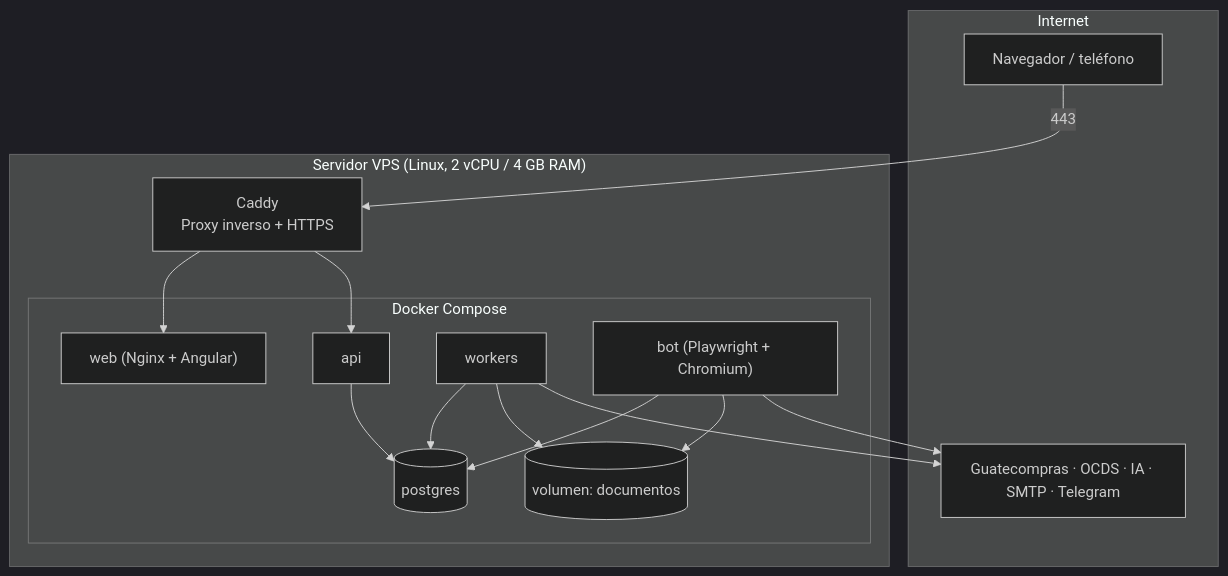
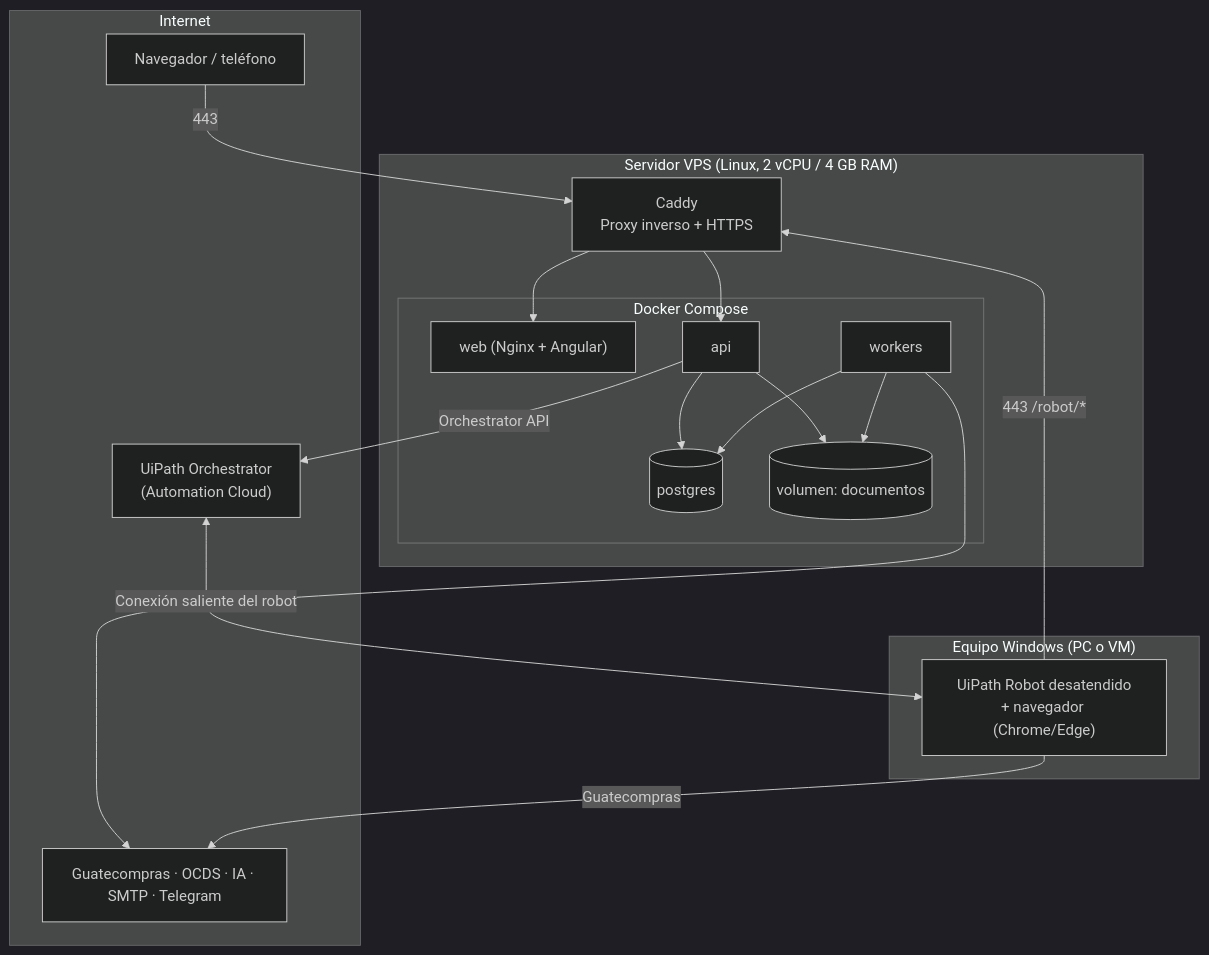
Before and after one commit to DenisArango/GuateComprasRPA: the fourth of 4 diagrams in docs/05-arquitectura.md, drawn with Mermaid (dark theme). The commit also changed other lines of this file and 15 other files, not shown here.

````diff
--- a/docs/05-arquitectura.md
+++ b/docs/05-arquitectura.md
@@ -169,30 +186,36 @@
 ```mermaid
 flowchart TB
     subgraph Internet
         USR["Navegador / teléfono"]
         EXT["Guatecompras · OCDS · IA · SMTP · Telegram"]
+        ORC["UiPath Orchestrator<br/>(Automation Cloud)"]
     end
 
     subgraph VPS["Servidor VPS (Linux, 2 vCPU / 4 GB RAM)"]
         RP["Caddy<br/>Proxy inverso + HTTPS"]
         subgraph DC["Docker Compose"]
             C_WEB["web (Nginx + Angular)"]
             C_API["api"]
             C_WRK["workers"]
-            C_BOT["bot (Playwright + Chromium)"]
             C_DB[("postgres")]
             V_DOC[("volumen: documentos")]
         end
+    end
+
+    subgraph WIN["Equipo Windows (PC o VM)"]
+        ROB["UiPath Robot desatendido<br/>+ navegador (Chrome/Edge)"]
     end
 
     USR -->|443| RP
     RP --> C_WEB
     RP --> C_API
     C_API --> C_DB
+    C_API --> V_DOC
     C_WRK --> C_DB
-    C_BOT --> C_DB
-    C_BOT --> V_DOC
     C_WRK --> V_DOC
-    C_BOT --> EXT
     C_WRK --> EXT
+    C_API -->|Orchestrator API| ORC
+    ORC <-->|Conexión saliente del robot| ROB
+    ROB -->|Guatecompras| EXT
+    ROB -->|443 /robot/*| RP
 ```
````
